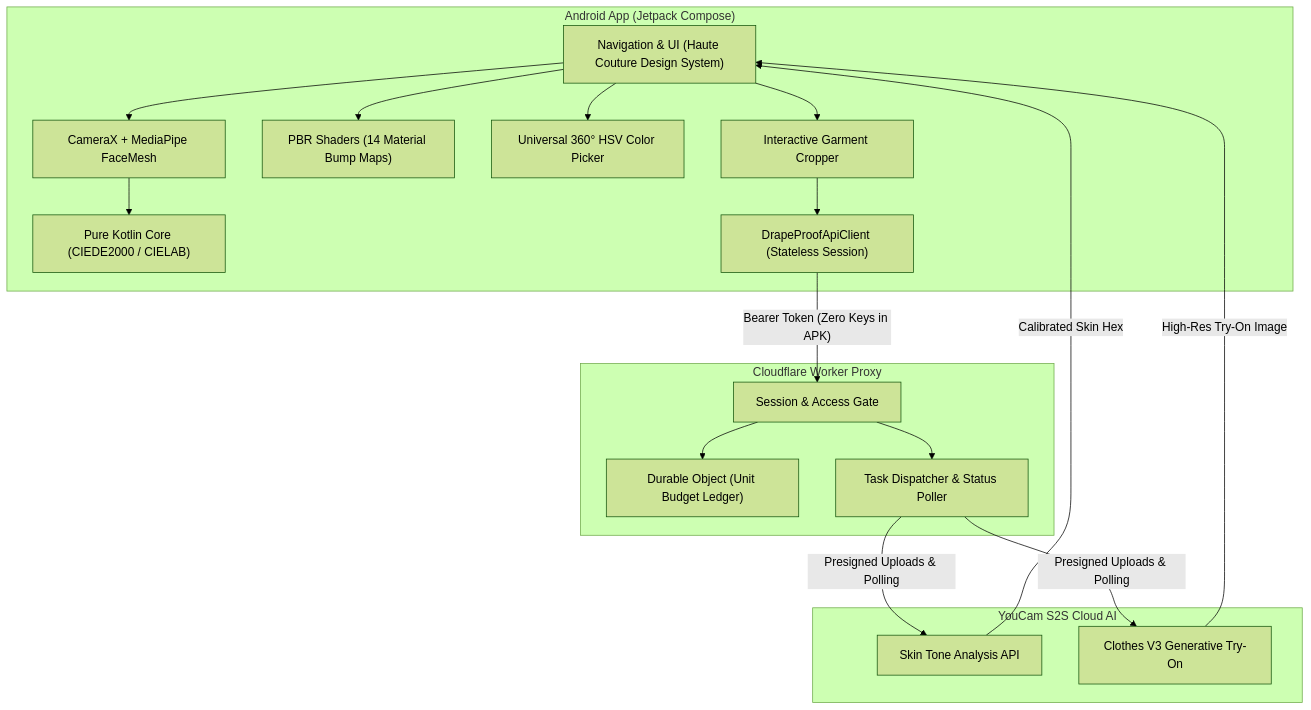
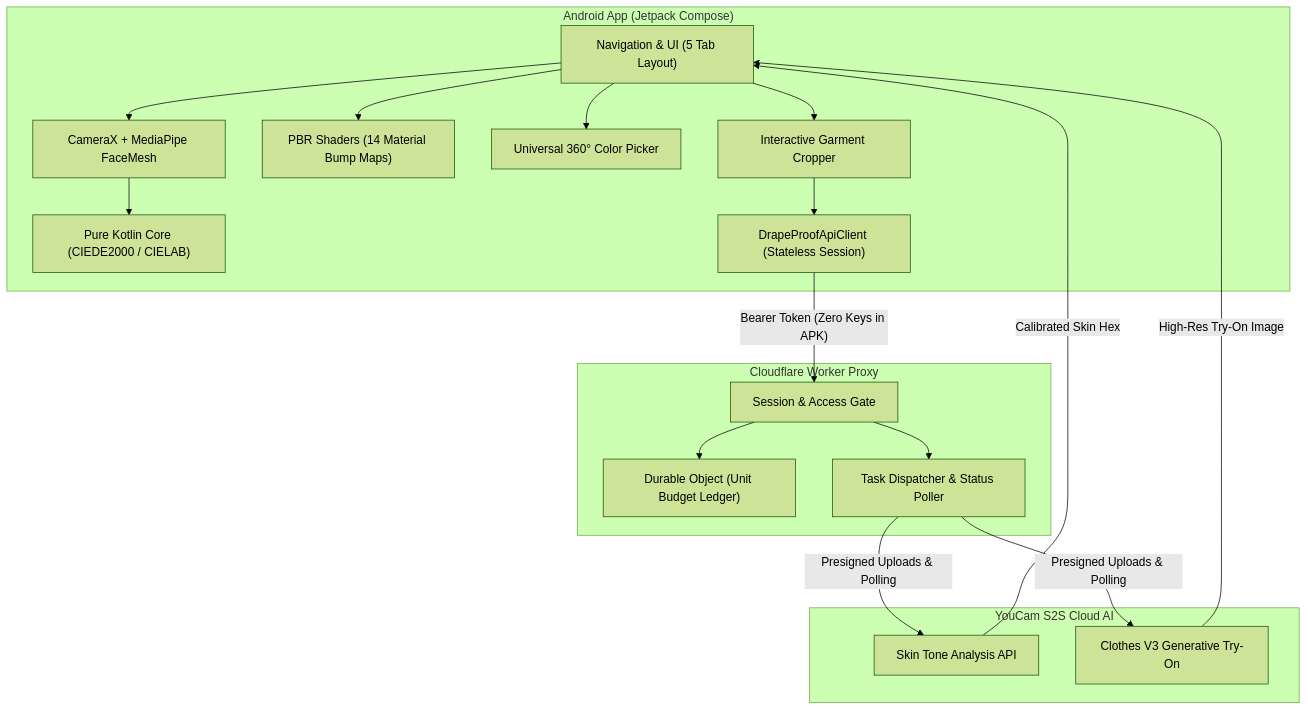
The diagram in README.md (abhayzangir1/DrapeIt), drawn with Mermaid (forest theme) before and after one commit. The commit also changed other lines of this file, not shown here.

Commit message:
Update README with 5-tab core features, direct judge evaluation guide link, and human-crafted technical descriptions

````diff
--- a/README.md
+++ b/README.md
@@ -61,37 +77,37 @@
 ```mermaid
 flowchart TD
     subgraph Client ["Android App (Jetpack Compose)"]
-        UI["Navigation & UI (Haute Couture Design System)"]
+        UI["Navigation & UI (5 Tab Layout)"]
         CAM["CameraX + MediaPipe FaceMesh"]
         PBR["PBR Shaders (14 Material Bump Maps)"]
-        HSV["Universal 360° HSV Color Picker"]
+        HSV["Universal 360° Color Picker"]
         CROP["Interactive Garment Cropper"]
         CORE["Pure Kotlin Core (CIEDE2000 / CIELAB)"]
         API["DrapeProofApiClient (Stateless Session)"]
     end
 
     subgraph Backend ["Cloudflare Worker Proxy"]
         AUTH["Session & Access Gate"]
         LEDGER["Durable Object (Unit Budget Ledger)"]
         TASK["Task Dispatcher & Status Poller"]
     end
 
     subgraph YouCam ["YouCam S2S Cloud AI"]
         SKIN["Skin Tone Analysis API"]
         VTO["Clothes V3 Generative Try-On"]
     end
 
     UI --> CAM
     CAM --> CORE
     UI --> PBR
     UI --> HSV
     UI --> CROP
     CROP --> API
     API -->|"Bearer Token (Zero Keys in APK)"| AUTH
     AUTH --> LEDGER
     AUTH --> TASK
     TASK -->|"Presigned Uploads & Polling"| SKIN
     TASK -->|"Presigned Uploads & Polling"| VTO
     VTO -->|"High-Res Try-On Image"| UI
     SKIN -->|"Calibrated Skin Hex"| UI
 ```
````
